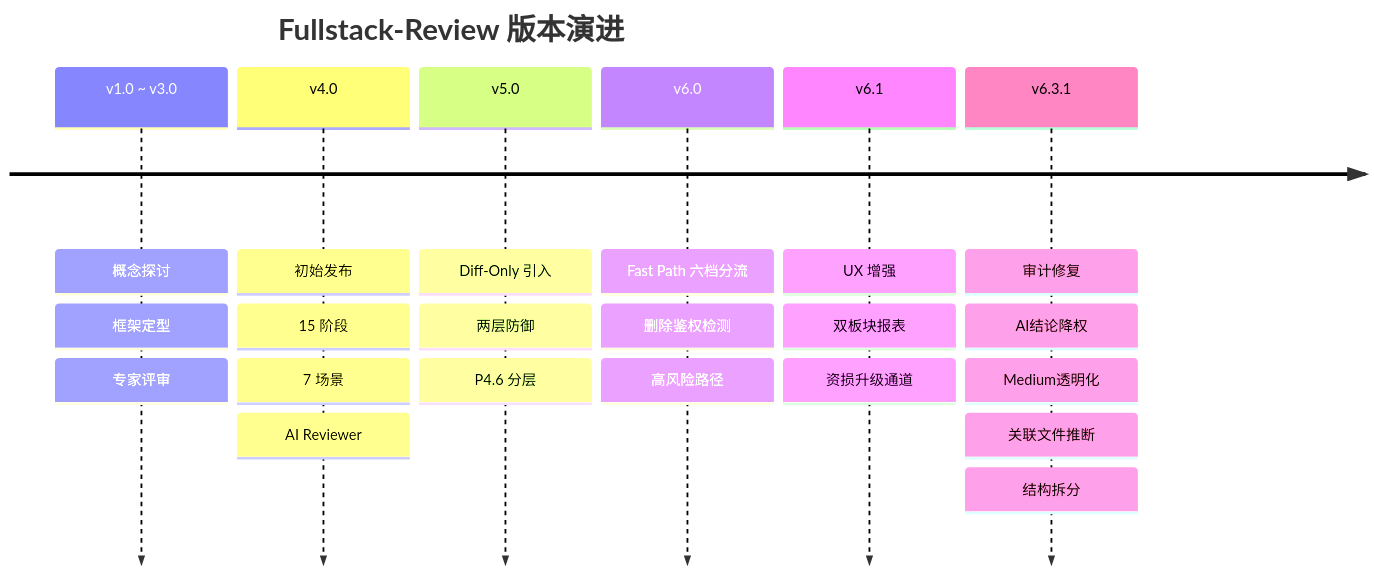
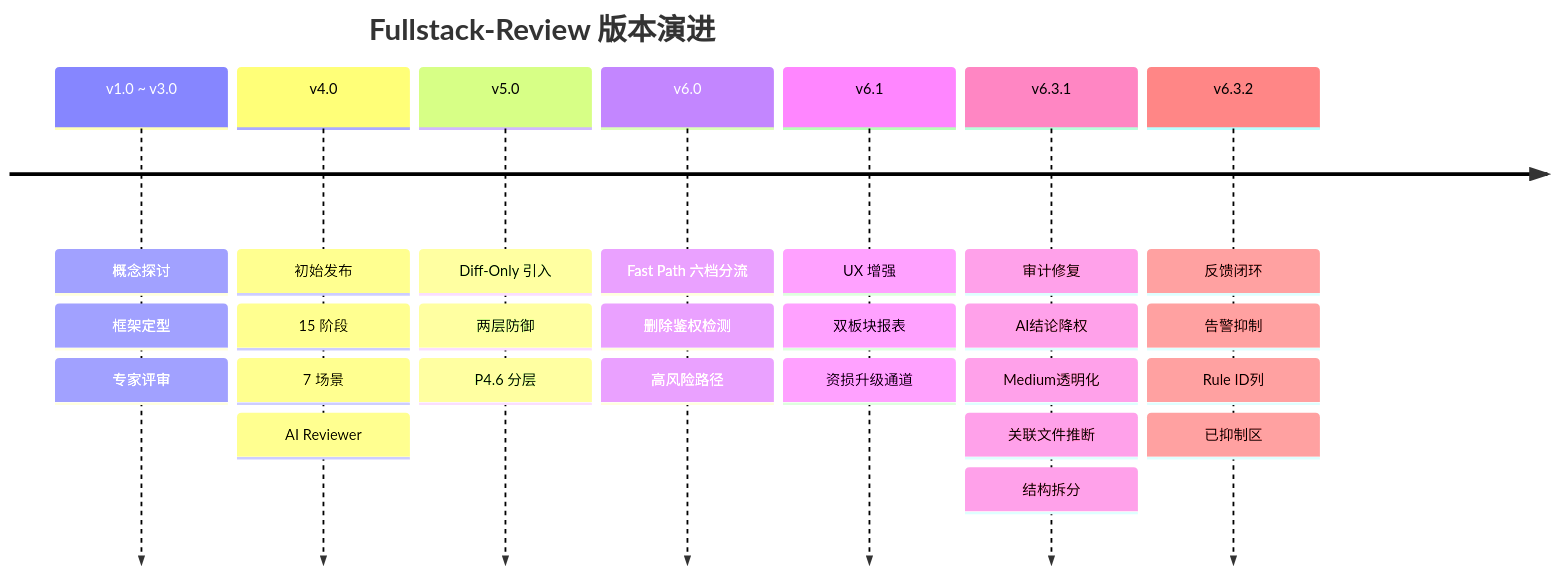
Before and after one commit to Rlkka2/Hermes-Fullstack-review-skill: the first of 3 diagrams in BENCHMARK.md, drawn with Mermaid. The commit also changed other lines of this file and 5 other files, not shown here.

````diff
--- a/BENCHMARK.md
+++ b/BENCHMARK.md
@@ -5,10 +5,11 @@
 ```mermaid
 timeline
     title Fullstack-Review 版本演进
     v1.0 ~ v3.0 : 概念探讨 : 框架定型 : 专家评审
     v4.0 : 初始发布 : 15 阶段 : 7 场景 : AI Reviewer
     v5.0 : Diff-Only 引入 : 两层防御 : P4.6 分层
     v6.0 : Fast Path 六档分流 : 删除鉴权检测 : 高风险路径
     v6.1 : UX 增强 : 双板块报表 : 资损升级通道
     v6.3.1 : 审计修复 : AI结论降权 : Medium透明化 : 关联文件推断 : 结构拆分
+    v6.3.2 : 反馈闭环 : 告警抑制 : Rule ID列 : 已抑制区
 ```
````
